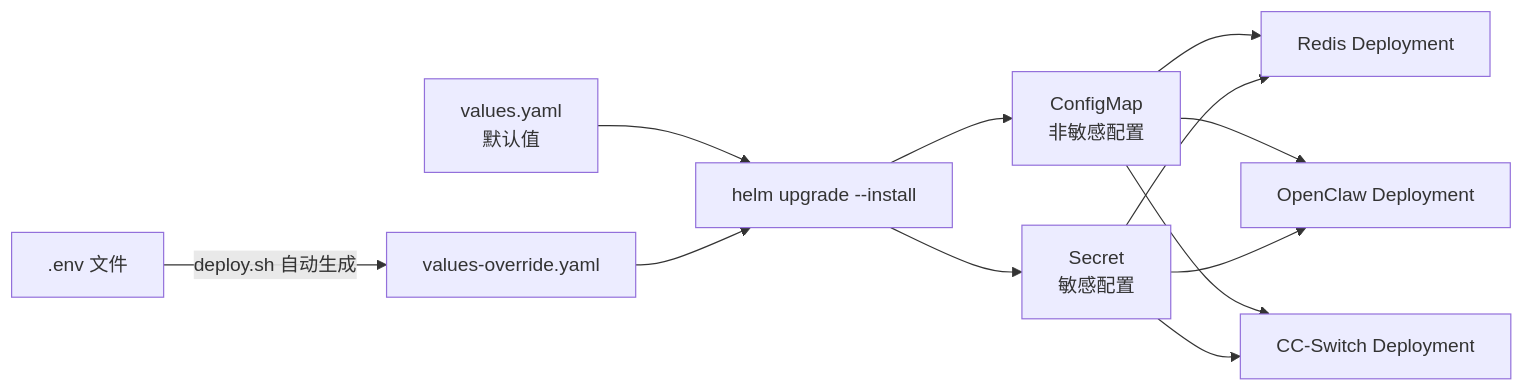
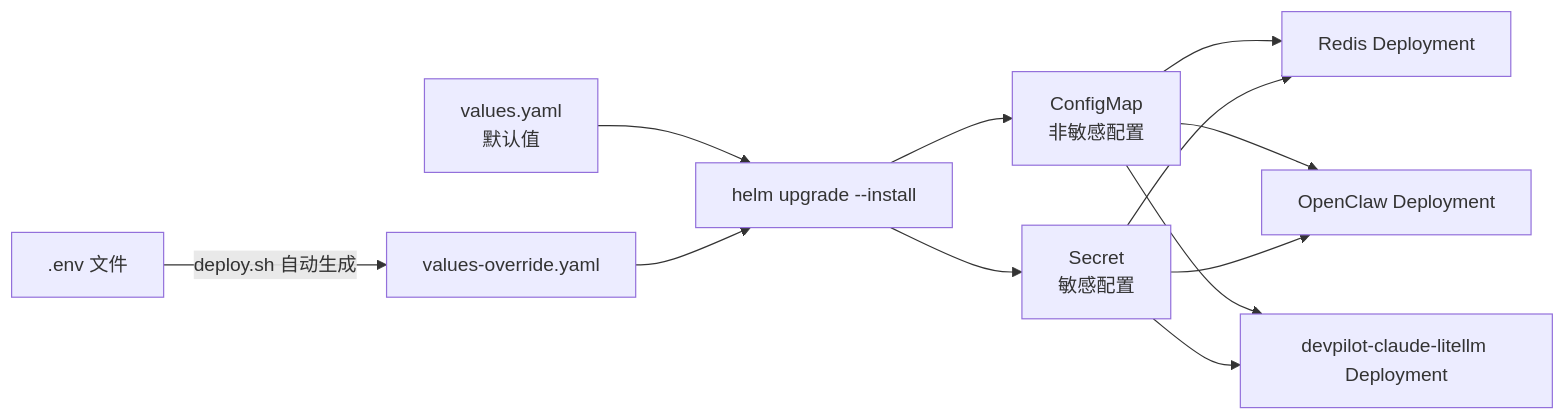
One commit to smart-open/DevPilot changed the tenth of 14 diagrams in 产品架构技术设计说明书.md. Above: the diagram before and after it, drawn with Mermaid. The commit also changed other lines of this file and 22 other files, not shown here.

````diff
--- a/产品架构技术设计说明书.md
+++ b/产品架构技术设计说明书.md
@@ -898,14 +898,14 @@
 ```mermaid
 graph LR
     ENV[.env 文件] -->|deploy.sh 自动生成| OV[values-override.yaml]
     DV[values.yaml<br/>默认值] --> HELM[helm upgrade --install]
     OV --> HELM
     HELM --> CM[ConfigMap<br/>非敏感配置]
     HELM --> SEC[Secret<br/>敏感配置]
     CM --> D1[Redis Deployment]
     CM --> D2[OpenClaw Deployment]
-    CM --> D3[CC-Switch Deployment]
+    CM --> D3[devpilot-claude-litellm Deployment]
     SEC --> D1
     SEC --> D2
     SEC --> D3
 ```
````
